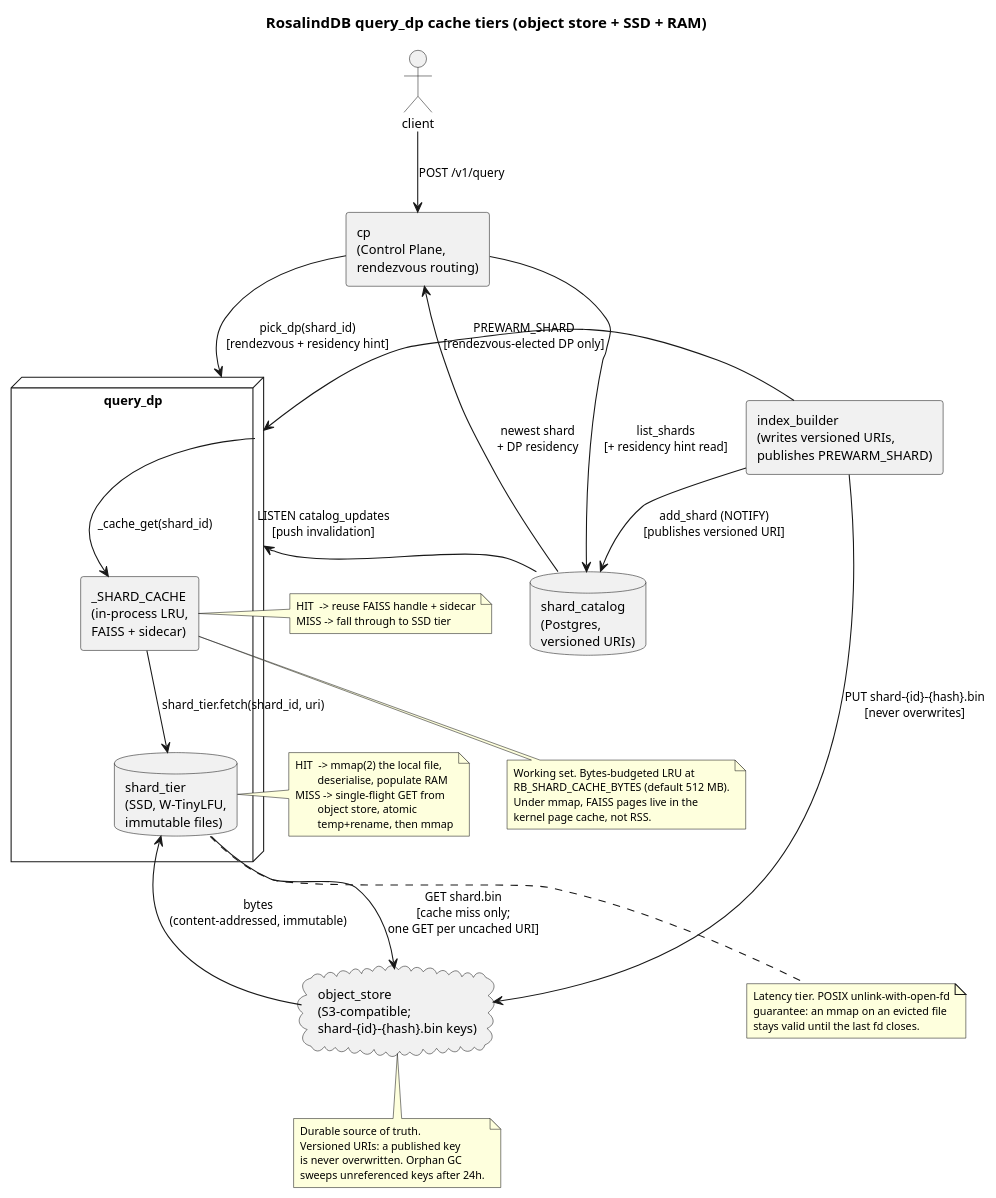
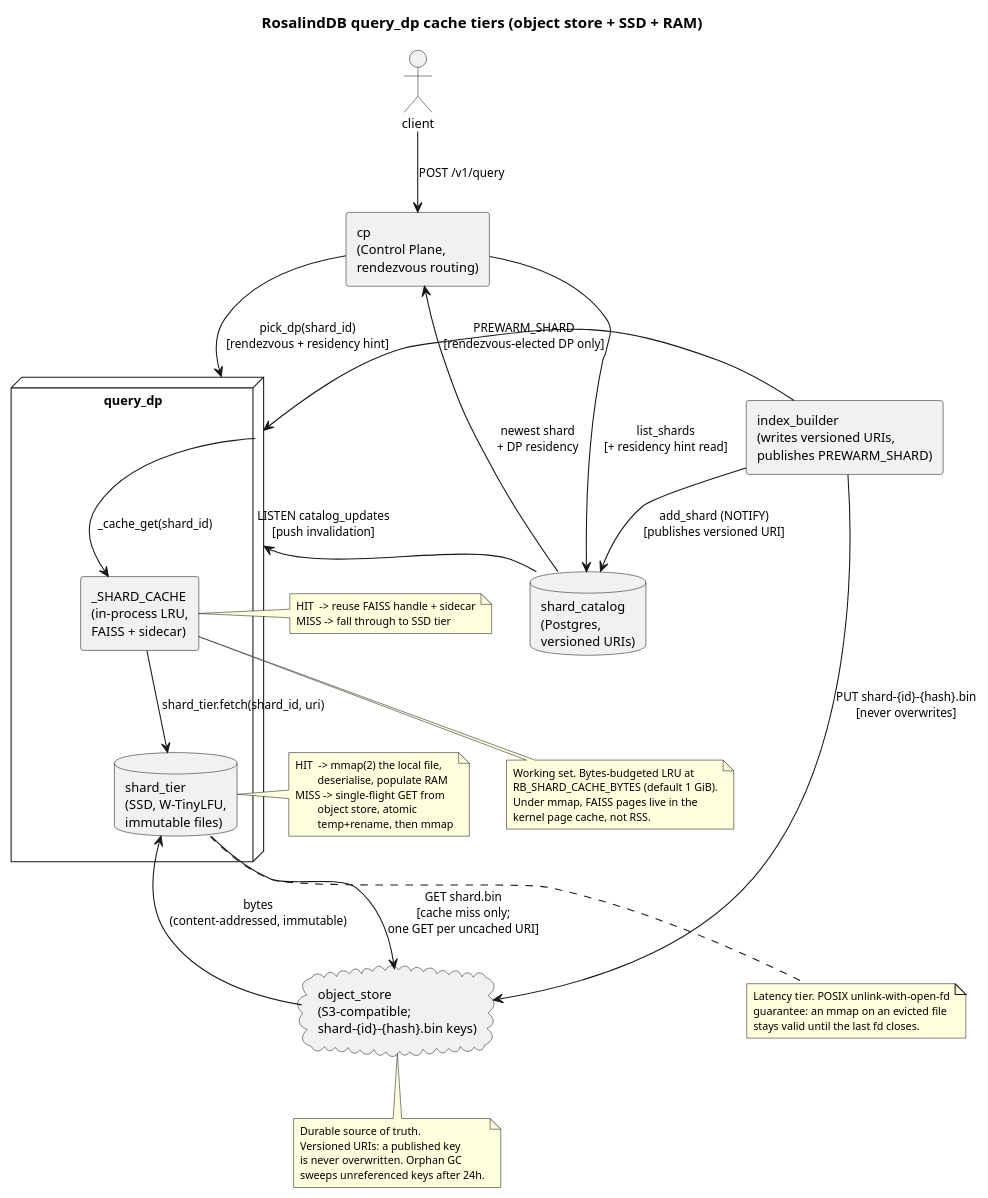
The diagram in docs/architecture/diagrams/ssd-cache-tiers.puml (rosalinddb/rosalinddb), drawn with PlantUML before and after one commit. The commit also changed 8 other files, not shown here.

First line of the commit message:
docs+fix(query): correct shard-cache docs to 1 GiB/graceful-bypass; bound _OVERSIZE_WARNED (#25 follow-up)

```diff
--- a/docs/architecture/diagrams/ssd-cache-tiers.puml
+++ b/docs/architecture/diagrams/ssd-cache-tiers.puml
@@ -1,78 +1,78 @@
 @startuml ssd-cache-tiers
 ' Three-tier cache architecture with the data flow on a cache miss.
 ' Object store (durable, immutable, versioned) -> SSD tier (latency,
 ' W-TinyLFU) -> RAM tier (working set, mmap-backed). Builder writes only
 ' to object store + Postgres catalog; DPs pull through the tiers.
 
 title RosalindDB query_dp cache tiers (object store + SSD + RAM)
 
 skinparam componentStyle rectangle
 skinparam shadowing false
 skinparam defaultFontName Helvetica
 skinparam defaultFontSize 12
 skinparam ArrowFontSize 11
 skinparam NoteFontSize 10
 skinparam wrapWidth 220
 
 actor "client" as client
 component "cp\n(Control Plane,\nrendezvous routing)" as cp
 component "index_builder\n(writes versioned URIs,\npublishes PREWARM_SHARD)" as builder
 
 node "query_dp" as dp {
   component "_SHARD_CACHE\n(in-process LRU,\nFAISS + sidecar)" as ram
   database "shard_tier\n(SSD, W-TinyLFU,\nimmutable files)" as ssd
 }
 
 database "shard_catalog\n(Postgres,\nversioned URIs)" as catalog
 cloud "object_store\n(S3-compatible;\nshard-{id}-{hash}.bin keys)" as os
 
 client -down-> cp : POST /v1/query
 cp -down-> dp : pick_dp(shard_id)\n[rendezvous + residency hint]
 cp -right-> catalog : list_shards\n[+ residency hint read]
 catalog -left-> cp : newest shard\n+ DP residency
 
 dp -down-> ram : _cache_get(shard_id)
 note right of ram
   HIT  -> reuse FAISS handle + sidecar
   MISS -> fall through to SSD tier
 end note
 
 ram -down-> ssd : shard_tier.fetch(shard_id, uri)
 note right of ssd
   HIT  -> mmap(2) the local file,
           deserialise, populate RAM
   MISS -> single-flight GET from
           object store, atomic
           temp+rename, then mmap
 end note
 
 ssd -down-> os : GET shard.bin\n[cache miss only;\none GET per uncached URI]
 os -up-> ssd : bytes\n(content-addressed, immutable)
 
 builder -right-> os : PUT shard-{id}-{hash}.bin\n[never overwrites]
 builder -down-> catalog : add_shard (NOTIFY)\n[publishes versioned URI]
 builder -left-> dp : PREWARM_SHARD\n[rendezvous-elected DP only]
 
 catalog -up-> dp : LISTEN catalog_updates\n[push invalidation]
 
 note bottom of os
   Durable source of truth.
   Versioned URIs: a published key
   is never overwritten. Orphan GC
   sweeps unreferenced keys after 24h.
 end note
 
 note bottom of ssd
   Latency tier. POSIX unlink-with-open-fd
   guarantee: an mmap on an evicted file
   stays valid until the last fd closes.
 end note
 
 note bottom of ram
   Working set. Bytes-budgeted LRU at
-  RB_SHARD_CACHE_BYTES (default 512 MB).
+  RB_SHARD_CACHE_BYTES (default 1 GiB).
   Under mmap, FAISS pages live in the
   kernel page cache, not RSS.
 end note
 
 @enduml
```
